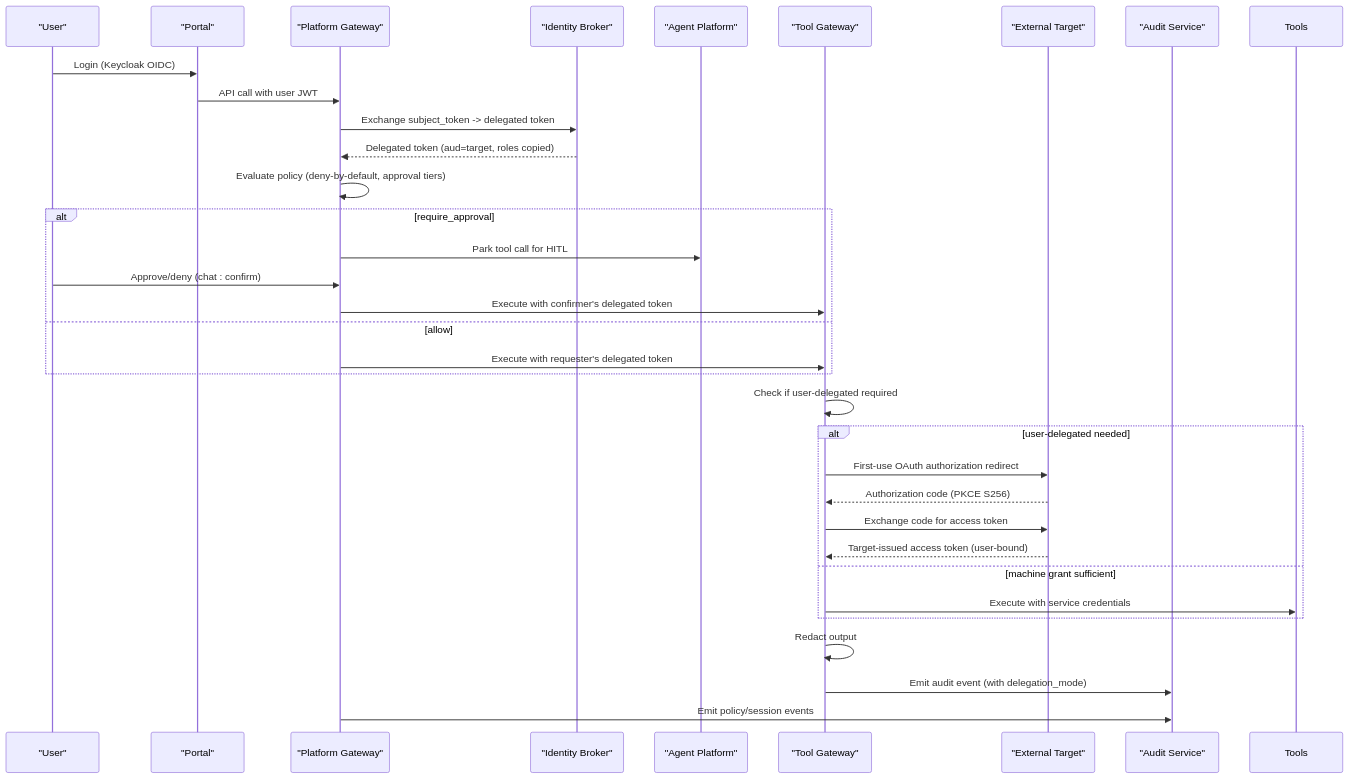
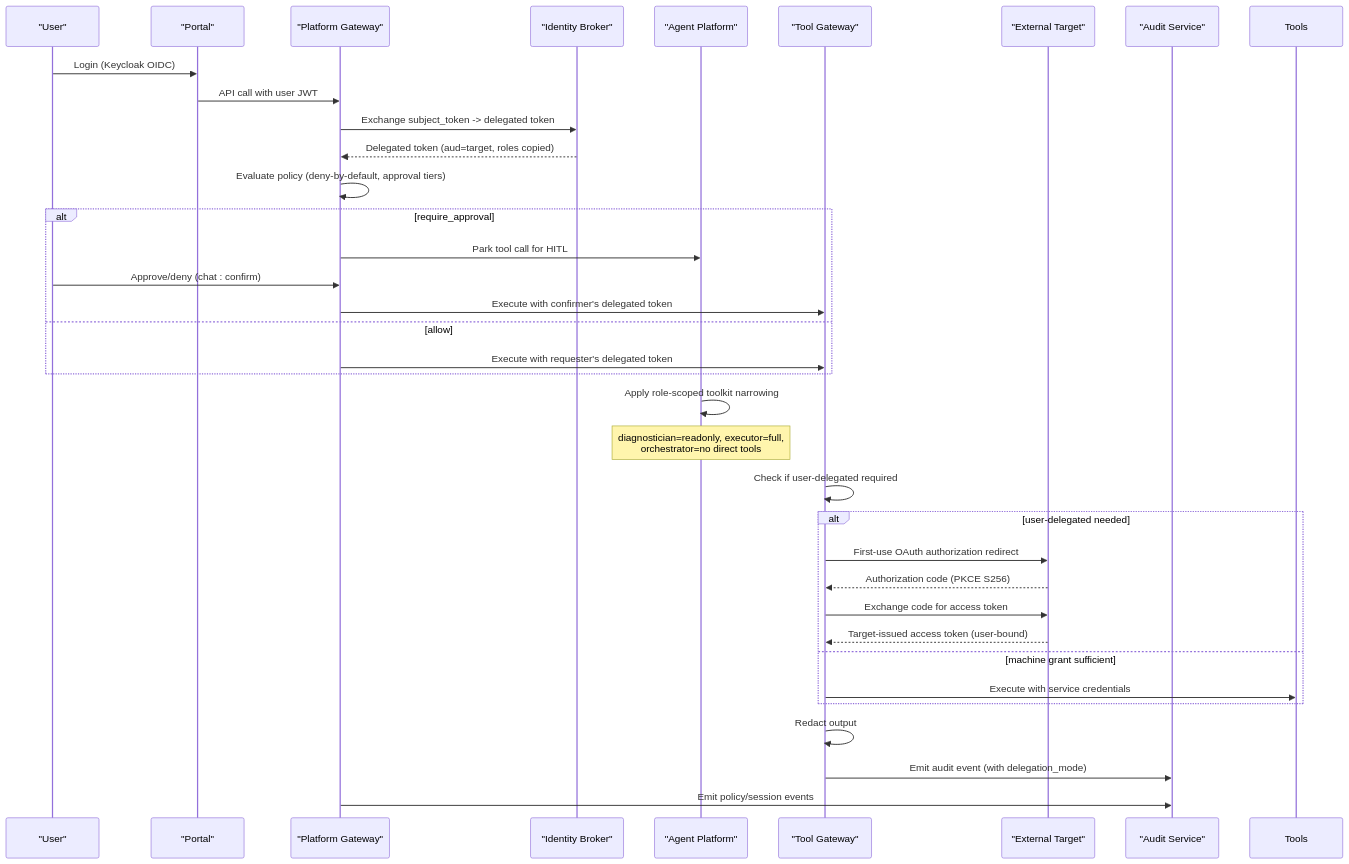
The second of 14 diagrams in .qoder/repowiki/en/content/Security and Authorization/Security and Authorization.md (metasync/luban-aiops), drawn with Mermaid before and after one commit. The commit also changed other lines of this file and 22 other files, not shown here.

````diff
--- a/.qoder/repowiki/en/content/Security and Authorization/Security and Authorization.md
+++ b/.qoder/repowiki/en/content/Security and Authorization/Security and Authorization.md
@@ -117,35 +129,37 @@
 ```mermaid
 sequenceDiagram
 participant U as "User"
 participant P as "Portal"
 participant G as "Platform Gateway"
 participant B as "Identity Broker"
 participant A as "Agent Platform"
 participant T as "Tool Gateway"
 participant E as "External Target"
 participant S as "Audit Service"
 U->>P : Login (Keycloak OIDC)
 P->>G : API call with user JWT
 G->>B : Exchange subject_token -> delegated token
 B-->>G : Delegated token (aud=target, roles copied)
 G->>G : Evaluate policy (deny-by-default, approval tiers)
 alt require_approval
 G->>A : Park tool call for HITL
 U->>G : Approve/deny (chat : confirm)
 G->>T : Execute with confirmer's delegated token
 else allow
 G->>T : Execute with requester's delegated token
 end
+A->>A : Apply role-scoped toolkit narrowing
+Note over A : diagnostician=readonly, executor=full,<br/>orchestrator=no direct tools
 T->>T : Check if user-delegated required
 alt user-delegated needed
 T->>E : First-use OAuth authorization redirect
 E-->>T : Authorization code (PKCE S256)
 T->>E : Exchange code for access token
 E-->>T : Target-issued access token (user-bound)
 else machine grant sufficient
 T->>Tools : Execute with service credentials
 end
 T->>T : Redact output
 T->>S : Emit audit event (with delegation_mode)
 G->>S : Emit policy/session events
 ```
````
